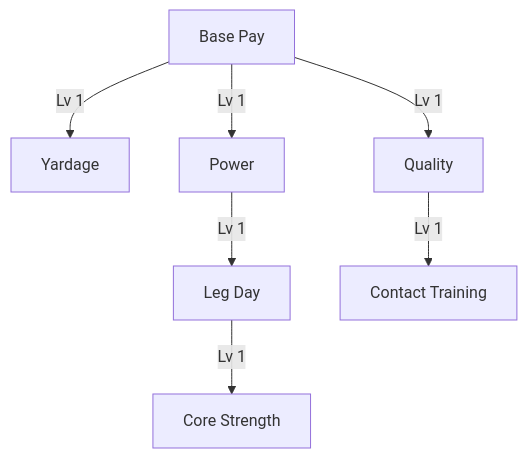
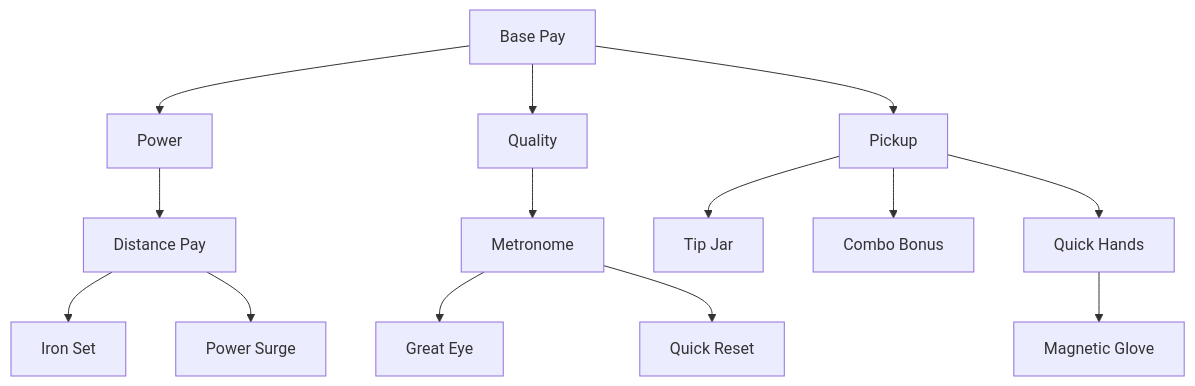
One commit to bicrick/golf_incremental changed the diagram in docs/v2/04-upgrade-tree.md. Above: the diagram before and after it, drawn with Mermaid. The commit also changed other lines of this file and 22 other files, not shown here.

````diff
--- a/docs/v2/04-upgrade-tree.md
+++ b/docs/v2/04-upgrade-tree.md
@@ -13,9 +15,16 @@
 ```mermaid
 flowchart TB
-  basePay[Base Pay] -->|"Lv 1"| yardage[Yardage]
-  basePay -->|"Lv 1"| quality[Quality]
-  basePay -->|"Lv 1"| power[Power]
-  power -->|"Lv 1"| legDay[Leg Day]
-  legDay -->|"Lv 1"| coreStrength[Core Strength]
-  quality -->|"Lv 1"| contactTraining[Contact Training]
+  basePay[Base Pay] --> power[Power]
+  basePay --> quality[Quality]
+  basePay --> pickup[Pickup]
+  power --> distancePay[Distance Pay]
+  distancePay --> ironSet[Iron Set]
+  distancePay --> powerSurge[Power Surge]
+  quality --> metronome[Metronome]
+  metronome --> greatEye[Great Eye]
+  metronome --> quickReset[Quick Reset]
+  pickup --> tipJar[Tip Jar]
+  pickup --> comboBonus[Combo Bonus]
+  pickup --> quickHands[Quick Hands]
+  quickHands --> magneticGlove[Magnetic Glove]
 ```
````
